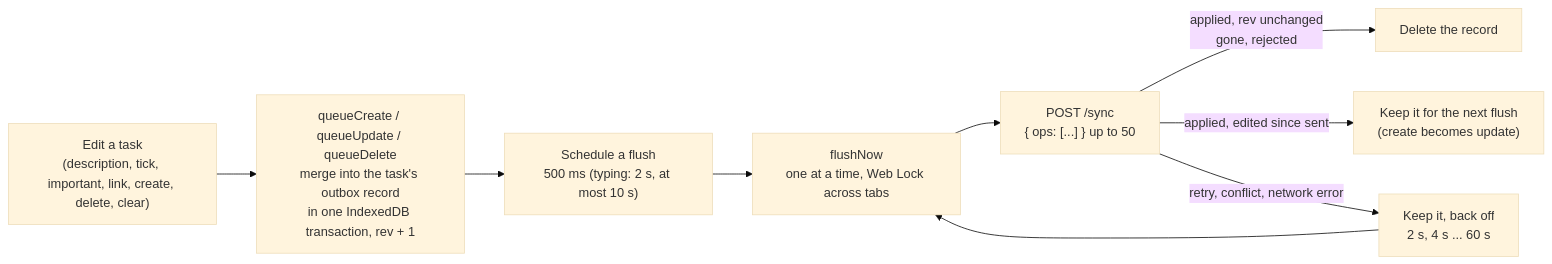
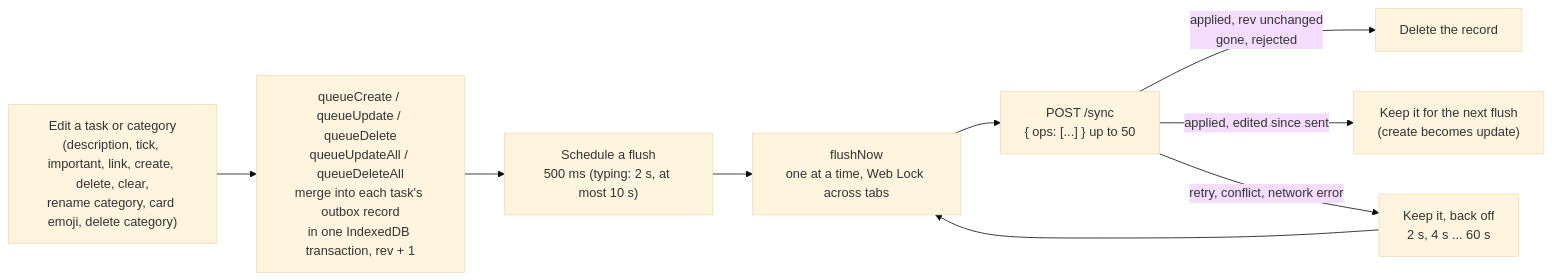
The fourth of 6 diagrams in ARCHITECTURE.md (TomBenjaminMorris/listpal-frontend), drawn with Mermaid (base theme) before and after one commit. The commit also changed other lines of this file and 6 other files, not shown here.

First line of the commit message:
Send category rename, card emoji and category delete through the outbox (#22)

````diff
--- a/ARCHITECTURE.md
+++ b/ARCHITECTURE.md
@@ -173,11 +173,11 @@
 ```mermaid
 flowchart LR
-    E["Edit a task<br/>(description, tick, important, link, create, delete, clear)"] --> Q["queueCreate / queueUpdate / queueDelete<br/>merge into the task's outbox record<br/>in one IndexedDB transaction, rev + 1"]
+    E["Edit a task or category<br/>(description, tick, important, link, create, delete, clear,<br/>rename category, card emoji, delete category)"] --> Q["queueCreate / queueUpdate / queueDelete<br/>queueUpdateAll / queueDeleteAll<br/>merge into each task's outbox record<br/>in one IndexedDB transaction, rev + 1"]
     Q --> S["Schedule a flush<br/>500 ms (typing: 2 s, at most 10 s)"]
     S --> F["flushNow<br/>one at a time, Web Lock across tabs"]
     F --> P["POST /sync<br/>{ ops: [...] } up to 50"]
     P -->|"applied, rev unchanged<br/>gone, rejected"| D["Delete the record"]
     P -->|"applied, edited since sent"| K["Keep it for the next flush<br/>(create becomes update)"]
     P -->|"retry, conflict, network error"| B["Keep it, back off<br/>2 s, 4 s ... 60 s"]
     B --> F
 ```
````
